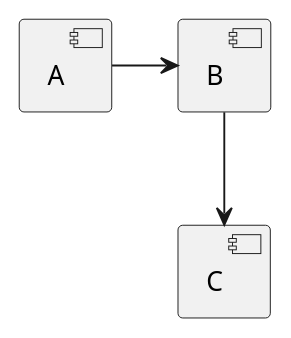
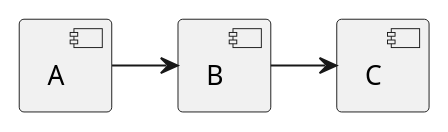
One commit to schlumpfen/cheatsheets changed the diagram in 1_UseCase.md. Above: the diagram before and after it, drawn with PlantUML. The commit also changed other lines of this file, not shown here.

```diff
--- a/1_UseCase.md
+++ b/1_UseCase.md
@@ -4,4 +2,4 @@
 @startuml
 [A] -> [B]
-[B] --_> [C]
+[B] -> [C]
 @enduml
```
